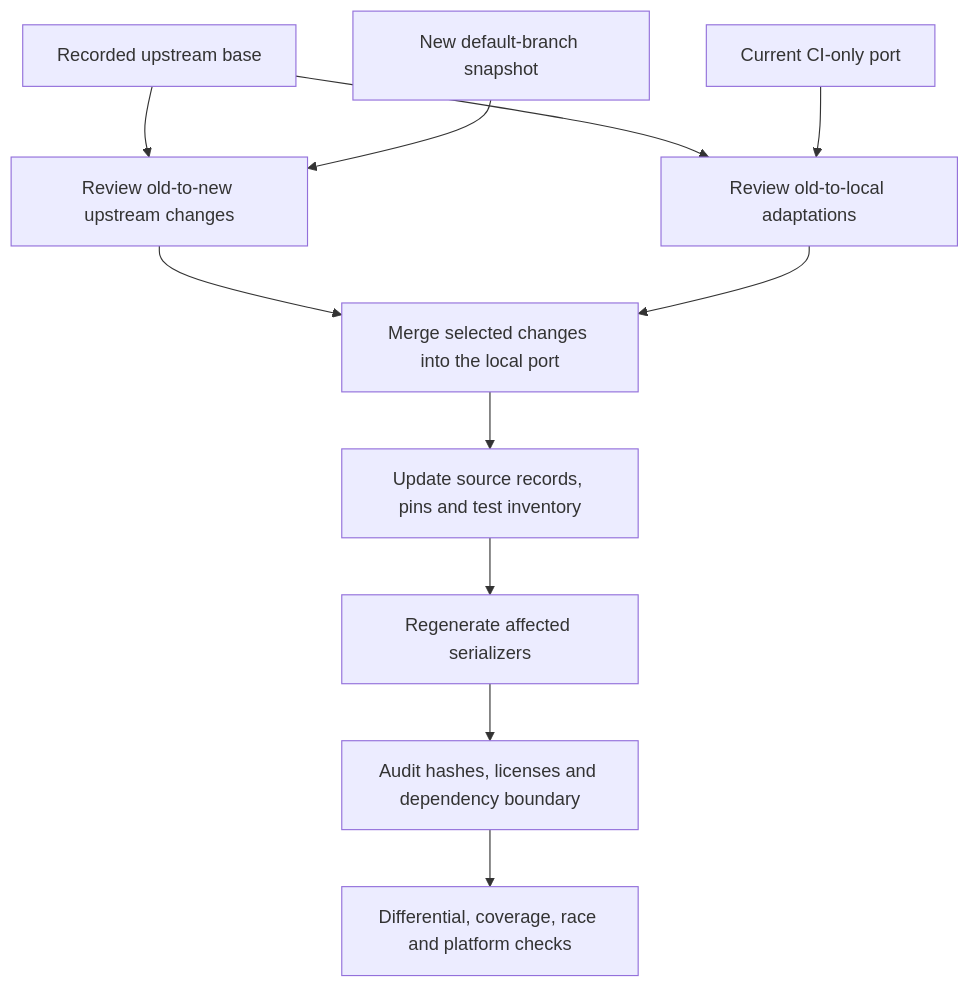
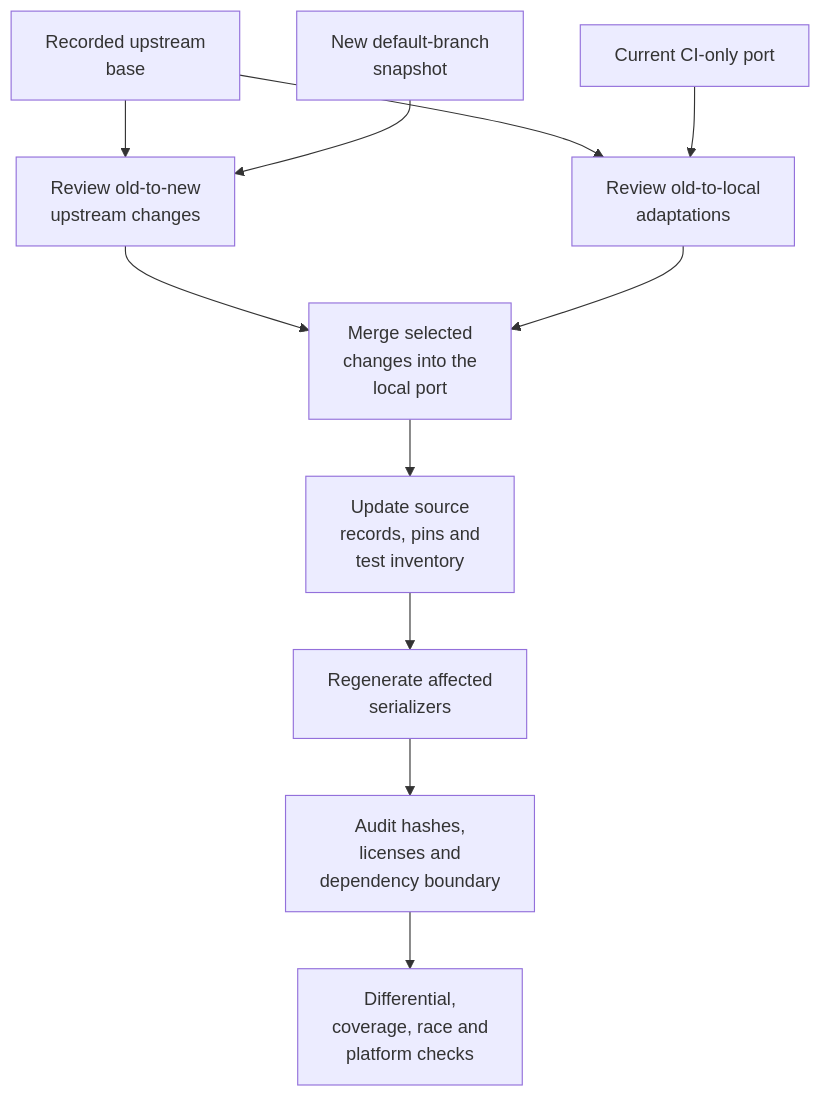
Before and after one commit to tonyredondo/dd-ci-testing-poc: the diagram in docs/maintenance.md, drawn with Mermaid. The commit also changed 4 other files, not shown here.

Commit message:
Keep documentation diagram labels readable

````diff
--- a/docs/maintenance.md
+++ b/docs/maintenance.md
@@ -124,13 +124,13 @@
 ```mermaid
 flowchart TB
-    Old["Recorded upstream base"] --> Upstream["Review old-to-new upstream changes"]
-    New["New default-branch snapshot"] --> Upstream
-    Old --> Adaptations["Review old-to-local adaptations"]
+    Old["Recorded upstream<br/>base"] --> Upstream["Review old-to-new<br/>upstream changes"]
+    New["New default-branch<br/>snapshot"] --> Upstream
+    Old --> Adaptations["Review old-to-local<br/>adaptations"]
     Local["Current CI-only port"] --> Adaptations
-    Upstream --> Merge["Merge selected changes into the local port"]
+    Upstream --> Merge["Merge selected<br/>changes into the<br/>local port"]
     Adaptations --> Merge
-    Merge --> Records["Update source records, pins and test inventory"]
-    Records --> Generate["Regenerate affected serializers"]
-    Generate --> Audit["Audit hashes, licenses and dependency boundary"]
-    Audit --> Tests["Differential, coverage, race and platform checks"]
+    Merge --> Records["Update source<br/>records, pins and<br/>test inventory"]
+    Records --> Generate["Regenerate affected<br/>serializers"]
+    Generate --> Audit["Audit hashes,<br/>licenses and<br/>dependency boundary"]
+    Audit --> Tests["Differential,<br/>coverage, race and<br/>platform checks"]
 ```
````
